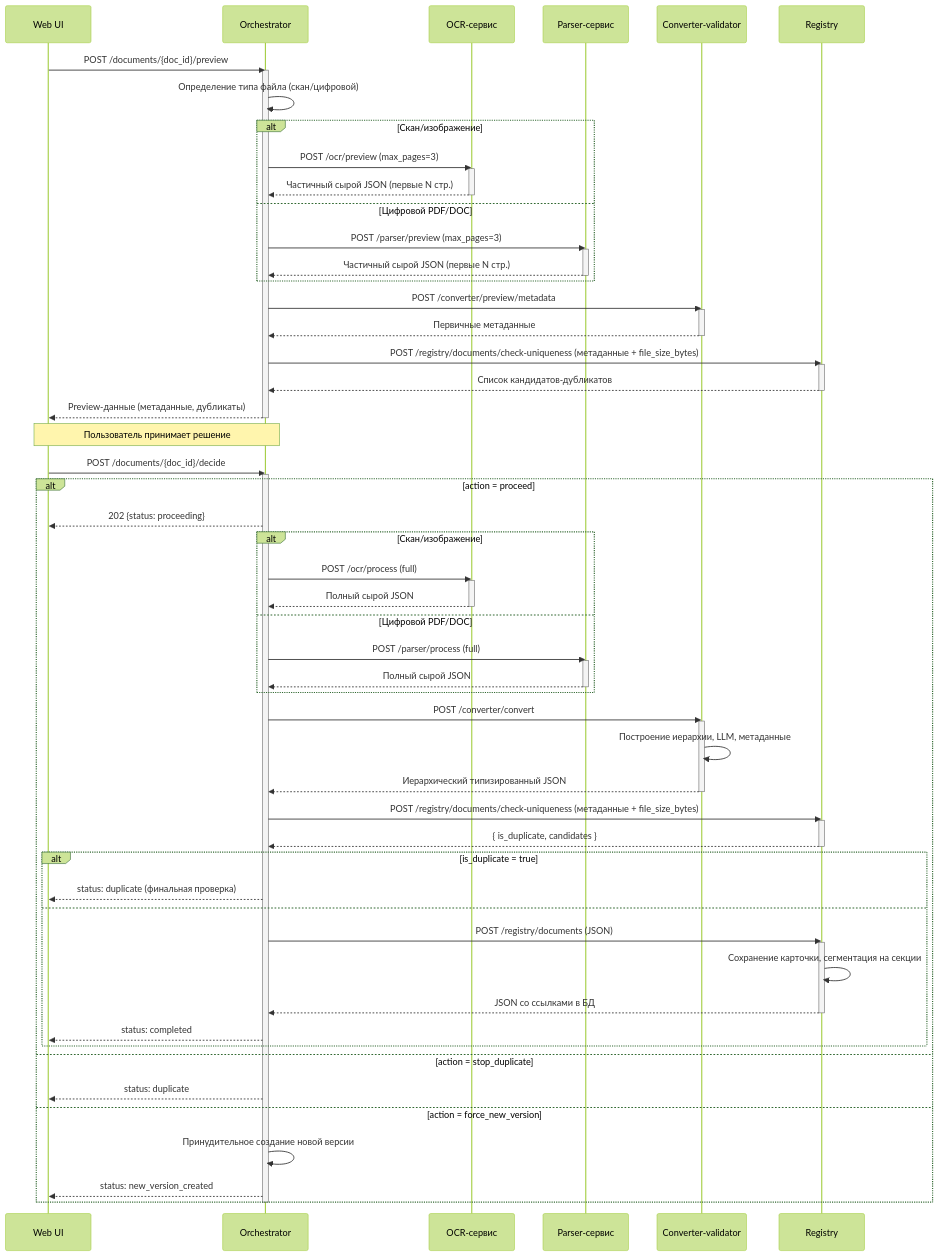
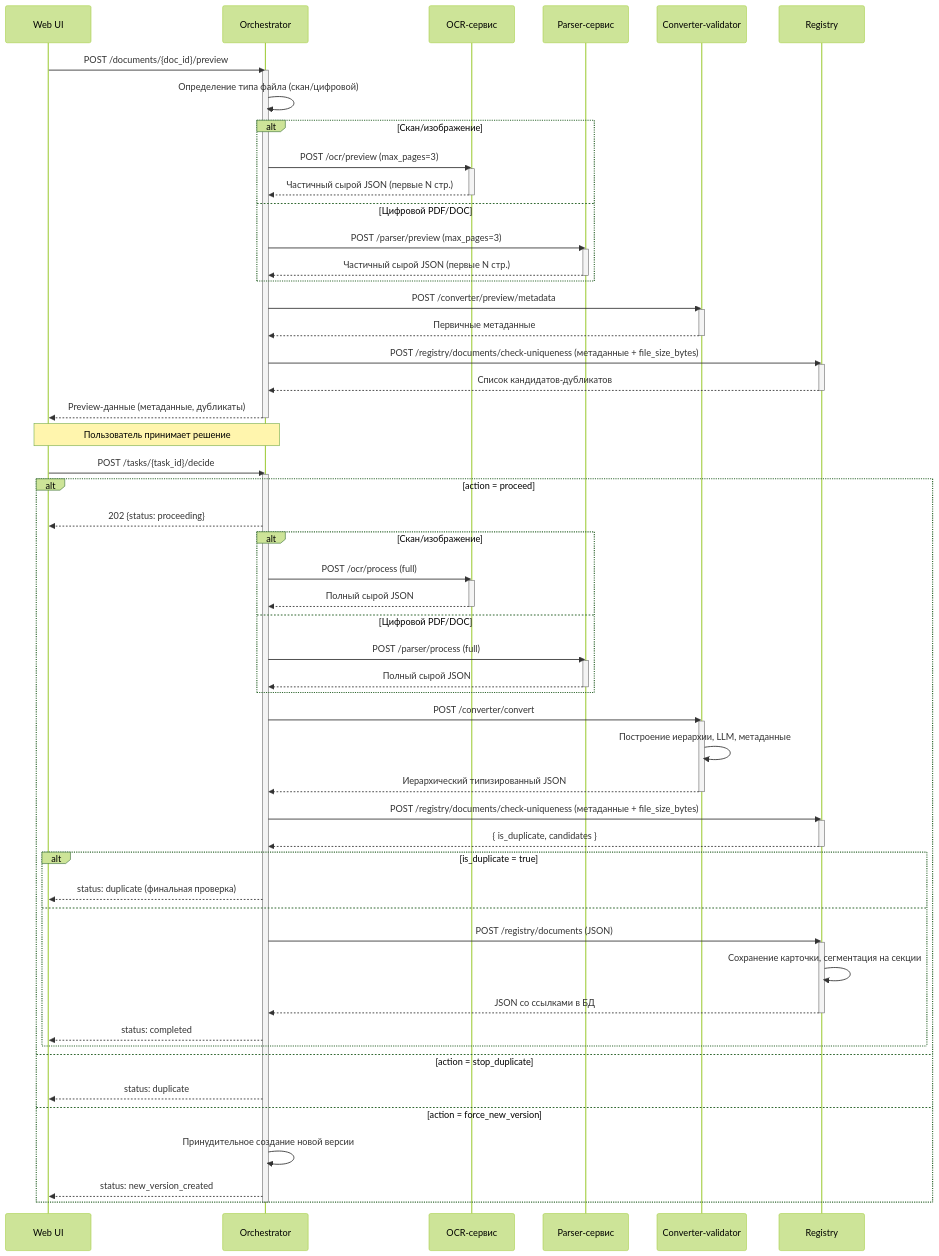
One commit to MasterKSAF/PKB changed the first of 4 diagrams in docs/pipelines/pipeline1-formation.md. Above: the diagram before and after it, drawn with Mermaid (forest theme). The commit also changed other lines of this file and 16 other files, not shown here.

```diff
--- a/docs/pipelines/pipeline1-formation.md
+++ b/docs/pipelines/pipeline1-formation.md
@@ -41,7 +41,7 @@
 
     Note over UI,Orch: Пользователь принимает решение
 
-    UI->>Orch: POST /documents/{doc_id}/decide
+    UI->>Orch: POST /tasks/{task_id}/decide
     activate Orch
     alt action = proceed
         Orch-->>UI: 202 {status: proceeding}
```
